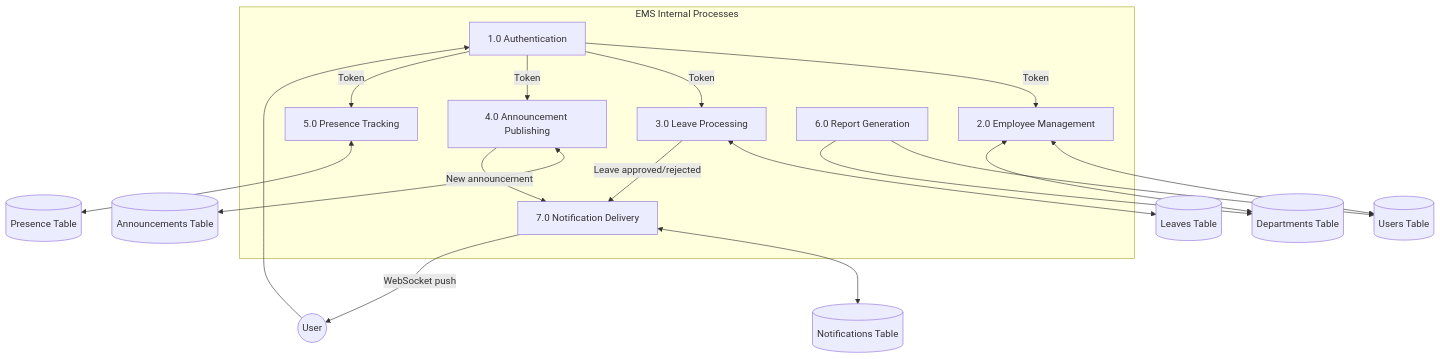
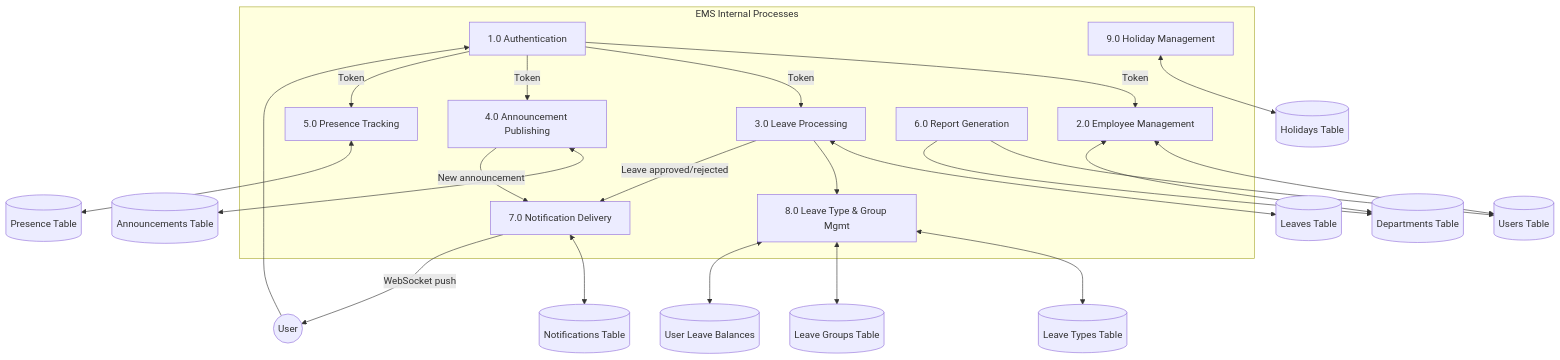
Before and after one commit to shivamBentley/employee-management: the third of 3 diagrams in documents/06-system-analysis.md, drawn with Mermaid. The commit also changed other lines of this file and 78 other files, not shown here.

````diff
--- a/documents/06-system-analysis.md
+++ b/documents/06-system-analysis.md
@@ -124,31 +138,39 @@
 ```mermaid
 graph TB
     subgraph "EMS Internal Processes"
         P1[1.0 Authentication]
         P2[2.0 Employee Management]
         P3[3.0 Leave Processing]
         P4[4.0 Announcement Publishing]
         P5[5.0 Presence Tracking]
         P6[6.0 Report Generation]
         P7[7.0 Notification Delivery]
+        P8[8.0 Leave Type & Group Mgmt]
+        P9[9.0 Holiday Management]
     end
 
     User((User)) --> P1
     P1 -->|Token| P2
     P1 -->|Token| P3
     P1 -->|Token| P4
     P1 -->|Token| P5
 
     P2 <--> DS1[(Users Table)]
     P2 <--> DS2[(Departments Table)]
     P3 <--> DS3[(Leaves Table)]
     P4 <--> DS4[(Announcements Table)]
     P5 <--> DS5[(Presence Table)]
     P6 --> DS1
     P6 --> DS2
 
+    P8 <--> DS7[(Leave Types Table)]
+    P8 <--> DS8[(Leave Groups Table)]
+    P8 <--> DS9[(User Leave Balances)]
+    P9 <--> DS10[(Holidays Table)]
+    P3 --> P8
+
     P3 -->|Leave approved/rejected| P7
     P4 -->|New announcement| P7
     P7 <--> DS6[(Notifications Table)]
     P7 -->|WebSocket push| User
 ```
````
